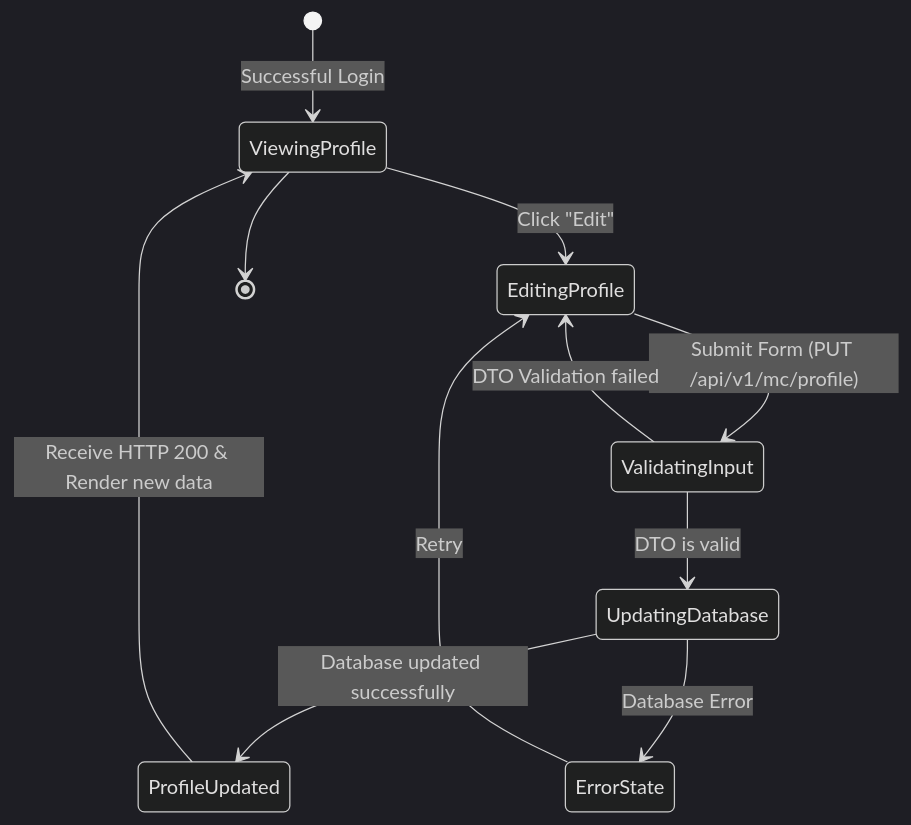
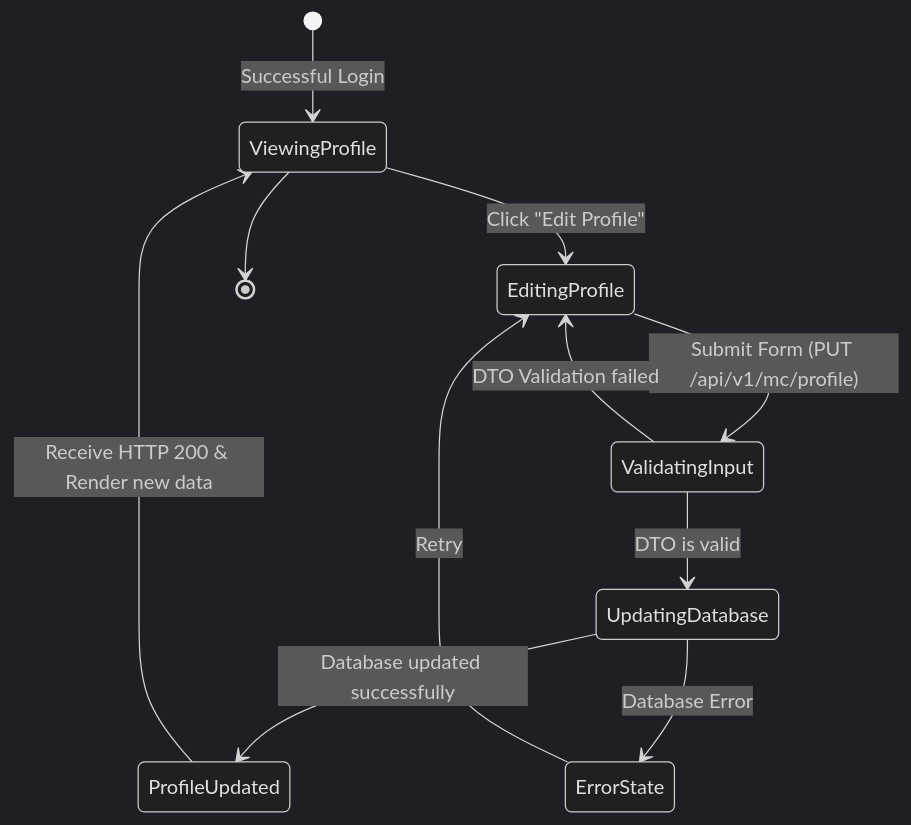
The first of 36 diagrams in UC_Backend_Design_Details.md (dat-21/SWD392), drawn with Mermaid (dark theme) before and after one commit. The commit also changed other lines of this file, not shown here.

Commit message:
feat: Refactor design documentation by removing the general system architecture diagram and adding specific high-level design diagrams for individual use cases.

````diff
--- a/UC_Backend_Design_Details.md
+++ b/UC_Backend_Design_Details.md
@@ -55,13 +15,13 @@
 ```mermaid
 stateDiagram-v2
     [*] --> ViewingProfile: Successful Login
-    ViewingProfile --> EditingProfile: Click "Edit"
+    ViewingProfile --> EditingProfile: Click "Edit Profile"
     EditingProfile --> ValidatingInput: Submit Form (PUT /api/v1/mc/profile)
     ValidatingInput --> EditingProfile: DTO Validation failed
     ValidatingInput --> UpdatingDatabase: DTO is valid
     UpdatingDatabase --> ProfileUpdated: Database updated successfully
     UpdatingDatabase --> ErrorState: Database Error
     ErrorState --> EditingProfile: Retry
     ProfileUpdated --> ViewingProfile: Receive HTTP 200 & Render new data
     ViewingProfile --> [*]
 ```
````
